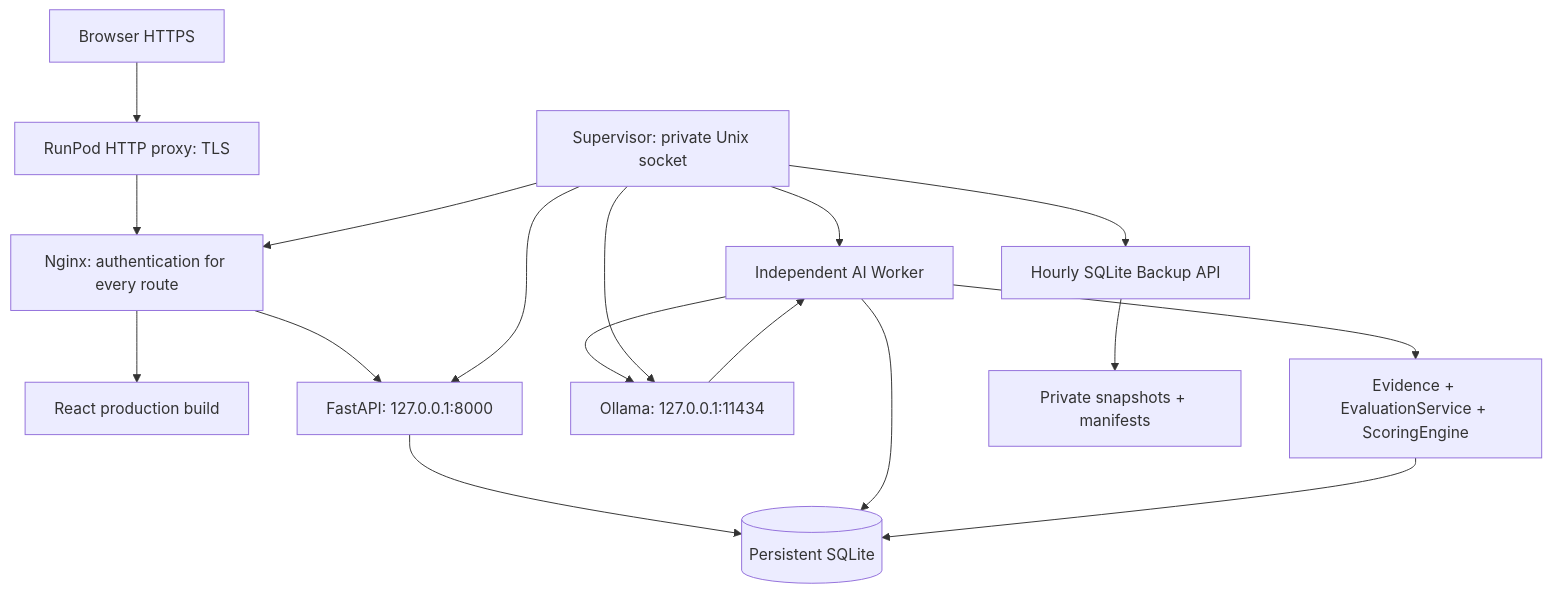
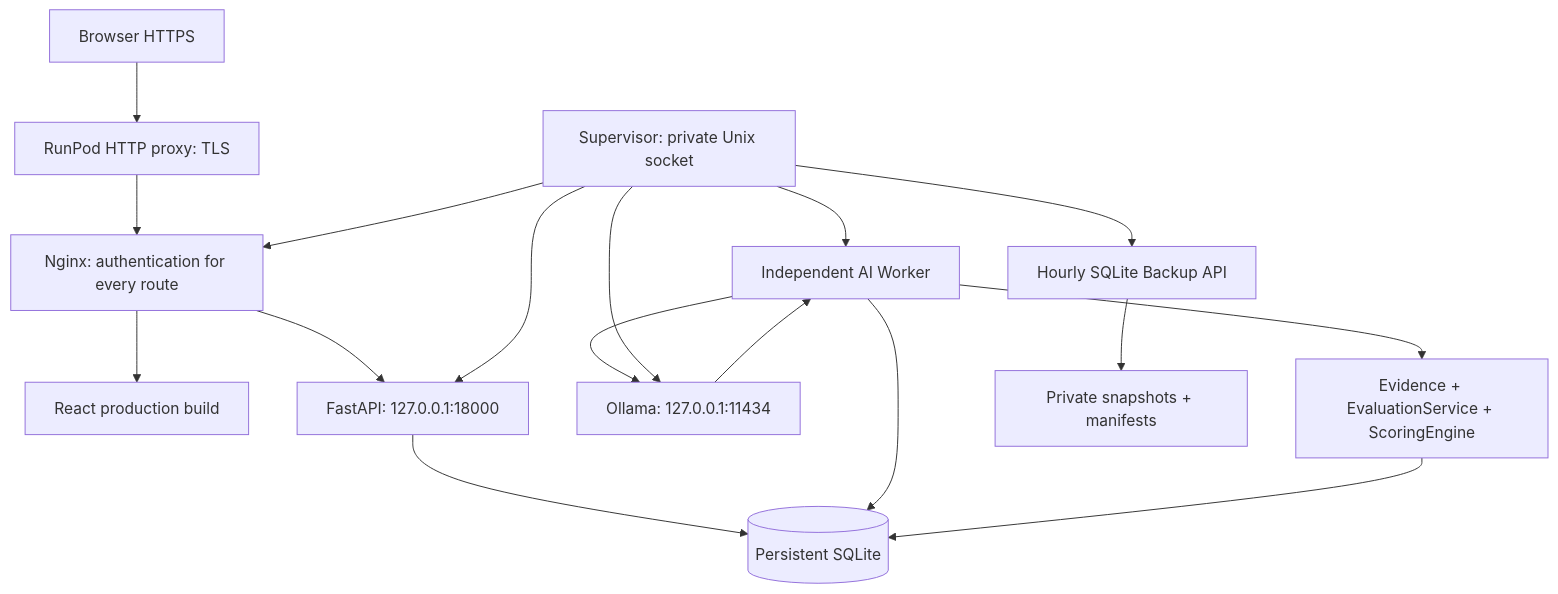
The diagram in docs/production-architecture.md (mqw011/freedom_case), drawn with Mermaid before and after one commit. The commit also changed other lines of this file and 20 other files, not shown here.

````diff
--- a/docs/production-architecture.md
+++ b/docs/production-architecture.md
@@ -5,19 +7,19 @@
 ```mermaid
 flowchart TD
     B[Browser HTTPS] --> R[RunPod HTTP proxy: TLS]
     R --> N[Nginx: authentication for every route]
     N --> F[React production build]
-    N --> A[FastAPI: 127.0.0.1:8000]
+    N --> A[FastAPI: 127.0.0.1:18000]
     A --> D[(Persistent SQLite)]
     W[Independent AI Worker] --> D
     W --> O[Ollama: 127.0.0.1:11434]
     O --> W
     W --> E[Evidence + EvaluationService + ScoringEngine]
     E --> D
     S[Supervisor: private Unix socket] --> A
     S --> W
     S --> O
     S --> N
     S --> K[Hourly SQLite Backup API]
     K --> P[Private snapshots + manifests]
 ```
````
